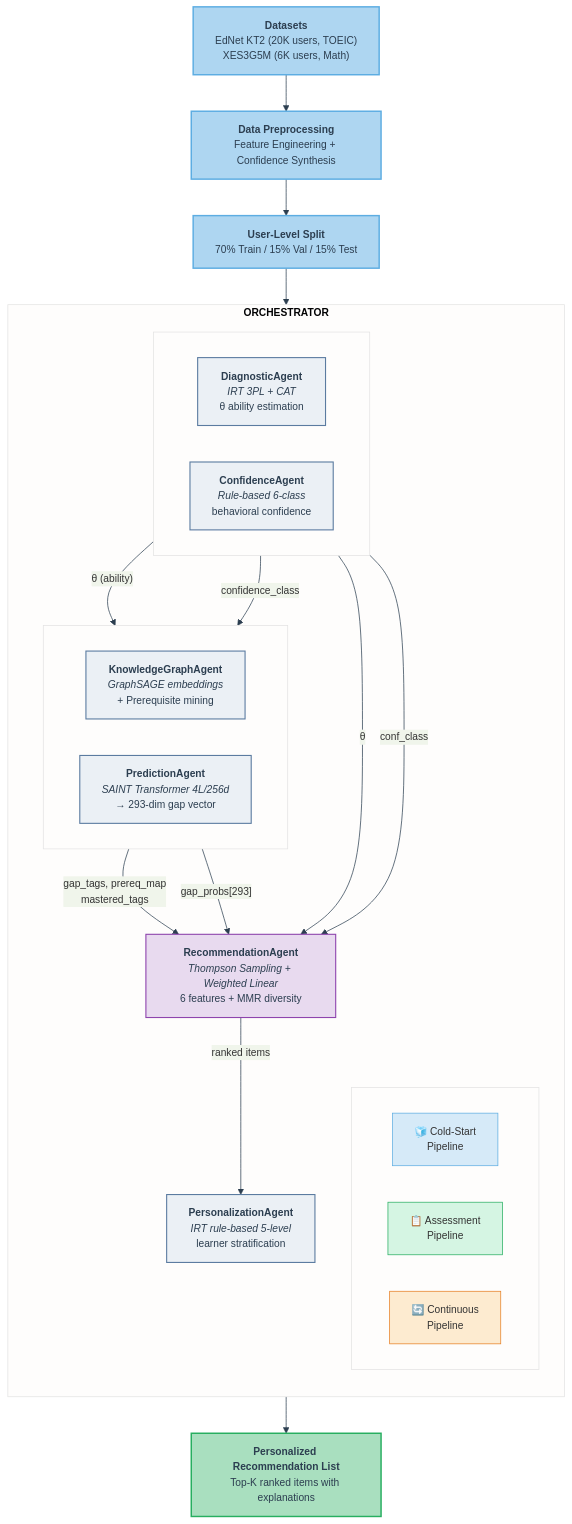
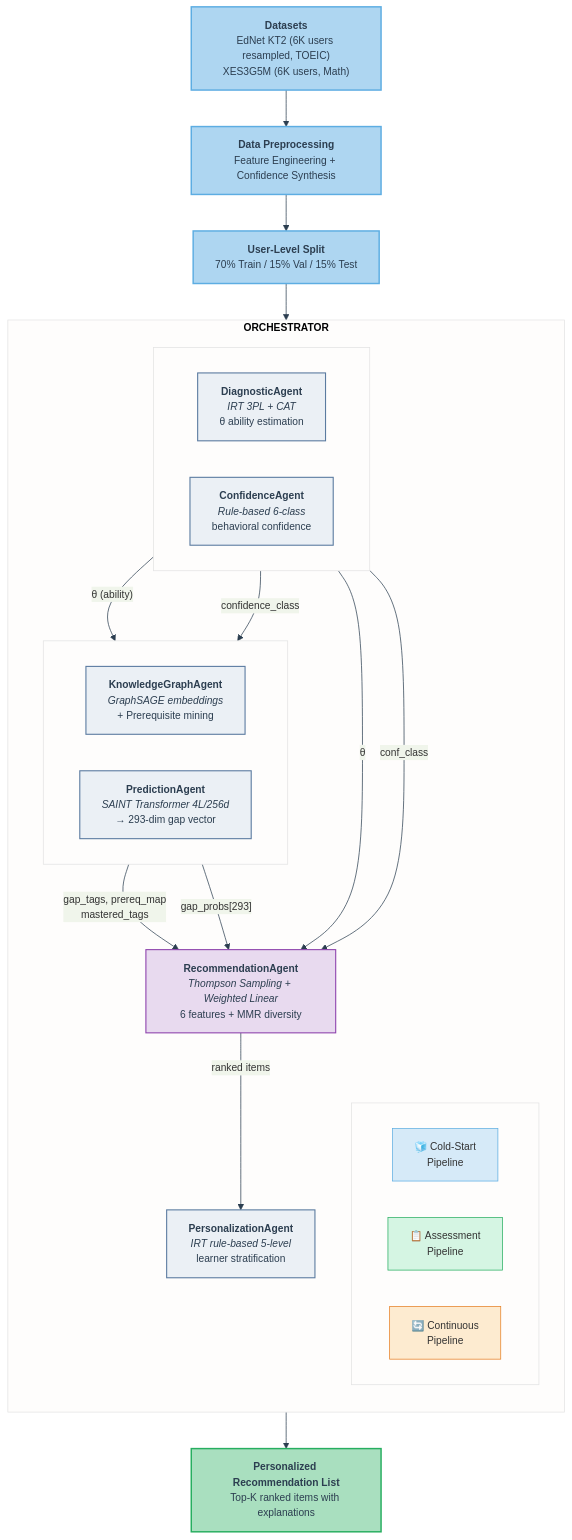
Before and after one commit to RAli2505/Rec-system: the diagram in diagrams/mars_architecture.mermaid, drawn with Mermaid. The commit also changed 2 other files, not shown here.

Commit message:
Fix EdNet dataset description: 6K resampled for fair XES3G5M comparison + add download link

```diff
--- a/diagrams/mars_architecture.mermaid
+++ b/diagrams/mars_architecture.mermaid
@@ -1,72 +1,72 @@
 %%{init: {'theme': 'base', 'themeVariables': {
   'primaryColor': '#EBF0F5', 'primaryBorderColor': '#5B7BA0',
   'lineColor': '#2C3E50', 'textColor': '#2C3E50',
   'fontSize': '14px'
 }}}%%
 
 graph TD
     %% ── Input Layer ──────────────────────────────────
-    DS["<b>Datasets</b><br/>EdNet KT2 (20K users, TOEIC)<br/>XES3G5M (6K users, Math)"]
+    DS["<b>Datasets</b><br/>EdNet KT2 (6K users resampled, TOEIC)<br/>XES3G5M (6K users, Math)"]
     PP["<b>Data Preprocessing</b><br/>Feature Engineering + Confidence Synthesis"]
     SP["<b>User-Level Split</b><br/>70% Train / 15% Val / 15% Test"]
 
     DS --> PP --> SP
 
     %% ── Orchestrator ────────────────────────────────
     subgraph ORCH ["<b>ORCHESTRATOR</b>"]
         direction TB
 
         subgraph PIPES [" "]
             direction LR
             P1["🧊 Cold-Start<br/>Pipeline"]
             P2["📋 Assessment<br/>Pipeline"]
             P3["🔄 Continuous<br/>Pipeline"]
         end
 
         subgraph ROW1 [" "]
             direction LR
             DIAG["<b>DiagnosticAgent</b><br/><i>IRT 3PL + CAT</i><br/>θ ability estimation"]
             CONF["<b>ConfidenceAgent</b><br/><i>Rule-based 6-class</i><br/>behavioral confidence"]
         end
 
         subgraph ROW2 [" "]
             direction LR
             KG["<b>KnowledgeGraphAgent</b><br/><i>GraphSAGE embeddings</i><br/>+ Prerequisite mining"]
             PRED["<b>PredictionAgent</b><br/><i>SAINT Transformer 4L/256d</i><br/>→ 293-dim gap vector"]
         end
 
         REC["<b>RecommendationAgent</b><br/><i>Thompson Sampling + Weighted Linear</i><br/>6 features + MMR diversity"]
         PERS["<b>PersonalizationAgent</b><br/><i>IRT rule-based 5-level</i><br/>learner stratification"]
 
         %% ── Data flow arrows ──
         DIAG -->|"θ (ability)"| KG
         DIAG -->|"θ"| REC
         CONF -->|"confidence_class"| PRED
         CONF -->|"conf_class"| REC
         KG -->|"gap_tags, prereq_map<br/>mastered_tags"| REC
         PRED -->|"gap_probs[293]"| REC
         REC -->|"ranked items"| PERS
     end
 
     SP --> ORCH
 
     %% ── Output Layer ────────────────────────────────
     OUT["<b>Personalized Recommendation List</b><br/>Top-K ranked items with explanations"]
     PERS --> OUT
 
     %% ── Styles ──────────────────────────────────────
     classDef inputBox fill:#AED6F1,stroke:#5DADE2,stroke-width:2px,color:#2C3E50
     classDef outputBox fill:#A9DFBF,stroke:#27AE60,stroke-width:2px,color:#2C3E50
     classDef agentBox fill:#EBF0F5,stroke:#5B7BA0,stroke-width:1.5px,color:#2C3E50
     classDef pipeCS fill:#D6EAF8,stroke:#5DADE2,stroke-width:1px
     classDef pipeAS fill:#D5F5E3,stroke:#27AE60,stroke-width:1px
     classDef pipeCT fill:#FDEBD0,stroke:#E67E22,stroke-width:1px
     classDef recBox fill:#E8DAEF,stroke:#8E44AD,stroke-width:1.5px,color:#2C3E50
 
     class DS,PP,SP inputBox
     class OUT outputBox
     class DIAG,CONF,KG,PRED,PERS agentBox
     class REC recBox
     class P1 pipeCS
     class P2 pipeAS
     class P3 pipeCT
```
